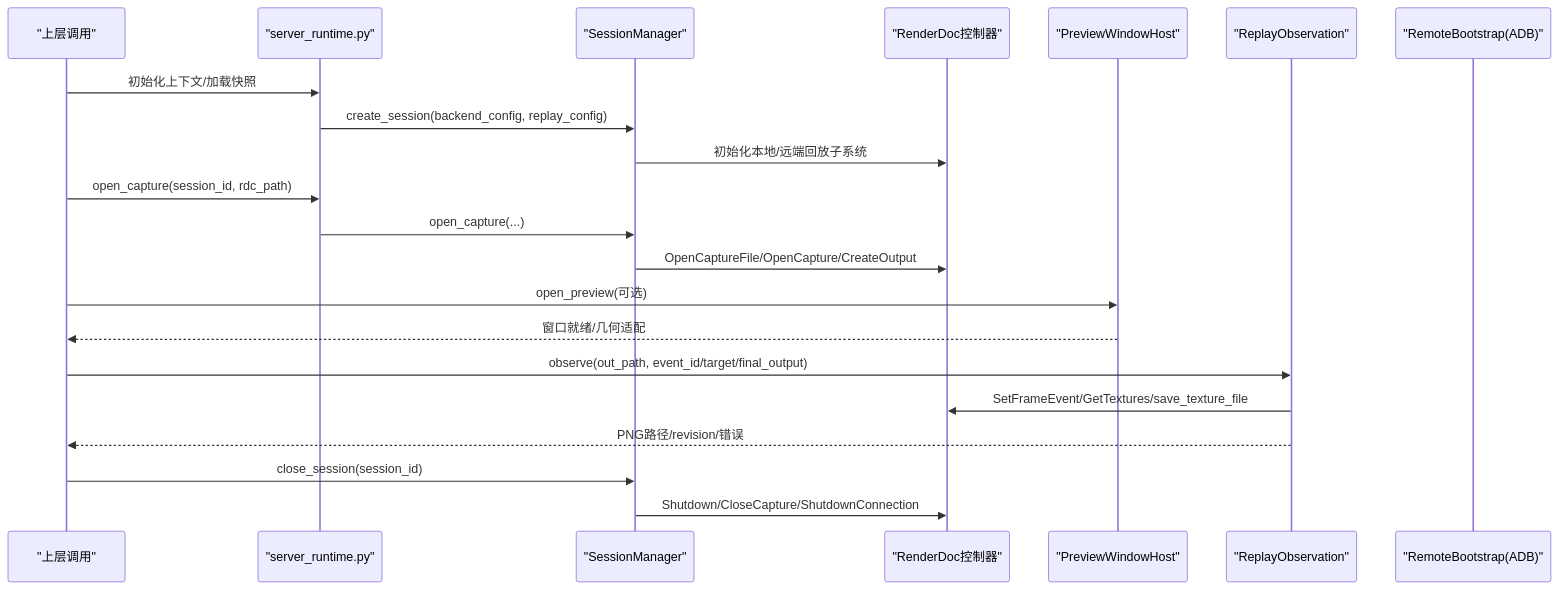
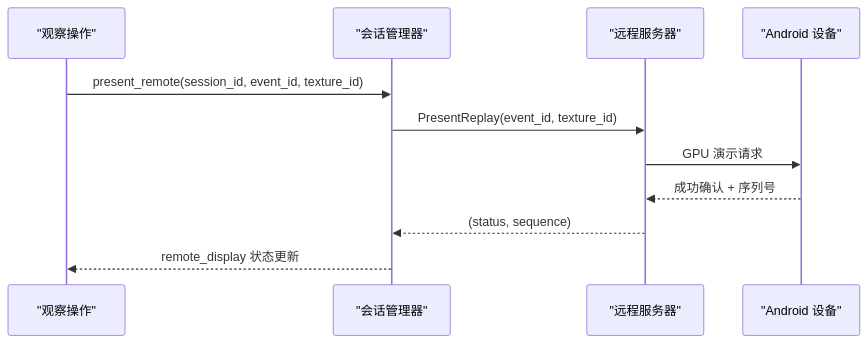
Before and after one commit to haolange/RDC-Tool: the third of 13 diagrams in .qoder/repowiki/zh/content/核心概念/会话模型.md, drawn with Mermaid. The commit also changed other lines of this file and 180 other files, not shown here.

````diff
--- a/.qoder/repowiki/zh/content/核心概念/会话模型.md
+++ b/.qoder/repowiki/zh/content/核心概念/会话模型.md
@@ -101,23 +189,13 @@
 ```mermaid
 sequenceDiagram
-participant U as "上层调用"
-participant S as "server_runtime.py"
-participant M as "SessionManager"
-participant RD as "RenderDoc控制器"
-participant P as "PreviewWindowHost"
-participant O as "ReplayObservation"
-participant AB as "RemoteBootstrap(ADB)"
-U->>S : 初始化上下文/加载快照
-S->>M : create_session(backend_config, replay_config)
-M->>RD : 初始化本地/远端回放子系统
-U->>S : open_capture(session_id, rdc_path)
-S->>M : open_capture(...)
-M->>RD : OpenCaptureFile/OpenCapture/CreateOutput
-U->>P : open_preview(可选)
-P-->>U : 窗口就绪/几何适配
-U->>O : observe(out_path, event_id/target/final_output)
-O->>RD : SetFrameEvent/GetTextures/save_texture_file
-O-->>U : PNG路径/revision/错误
-U->>M : close_session(session_id)
-M->>RD : Shutdown/CloseCapture/ShutdownConnection
+participant OBS as "观察操作"
+participant SM as "会话管理器"
+participant RM as "远程服务器"
+participant DEV as "Android 设备"
+OBS->>SM : present_remote(session_id, event_id, texture_id)
+SM->>RM : PresentReplay(event_id, texture_id)
+RM->>DEV : GPU 演示请求
+DEV-->>RM : 成功确认 + 序列号
+RM-->>SM : (status, sequence)
+SM-->>OBS : remote_display 状态更新
 ```
````
